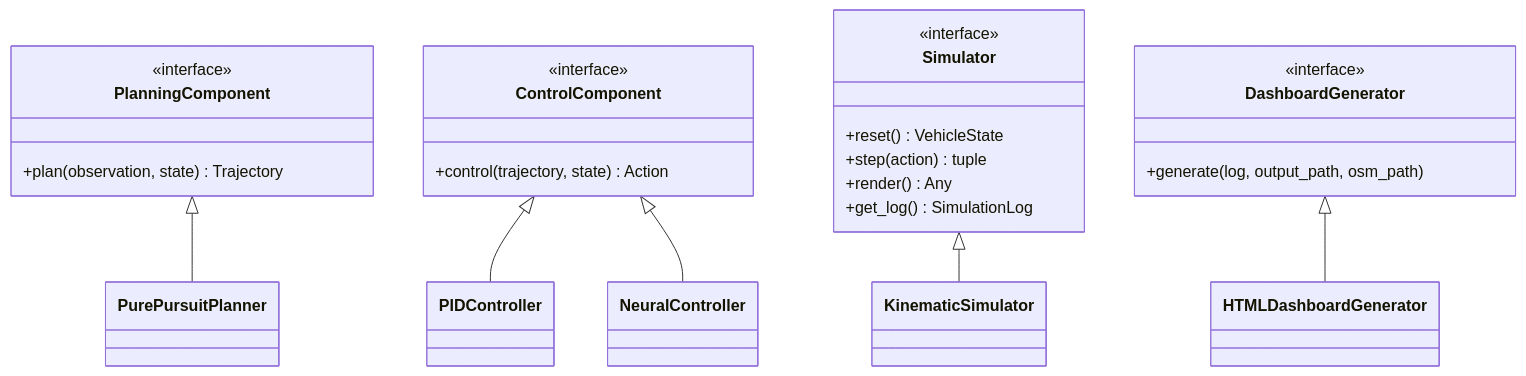
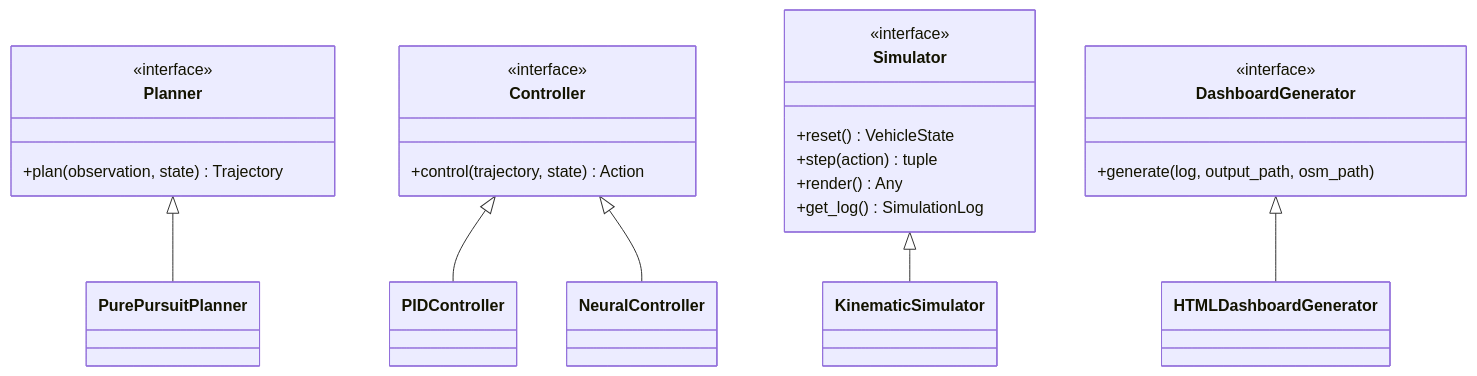
Before and after one commit to masahiro-kubota/e2e_aichallenge_playground: the second of 2 diagrams in README.md, drawn with Mermaid. The commit also changed other lines of this file and 27 other files, not shown here.

````diff
--- a/README.md
+++ b/README.md
@@ -114,31 +114,31 @@
 ```mermaid
 classDiagram
-    class PlanningComponent {
+    class Planner {
         <<interface>>
         +plan(observation, state) Trajectory
     }
 
-    class ControlComponent {
+    class Controller {
         <<interface>>
         +control(trajectory, state) Action
     }
 
     class Simulator {
         <<interface>>
         +reset() VehicleState
         +step(action) tuple
         +render() Any
         +get_log() SimulationLog
     }
 
     class DashboardGenerator {
         <<interface>>
         +generate(log, output_path, osm_path)
     }
 
-    PlanningComponent <|-- PurePursuitPlanner
-    ControlComponent <|-- PIDController
-    ControlComponent <|-- NeuralController
+    Planner <|-- PurePursuitPlanner
+    Controller <|-- PIDController
+    Controller <|-- NeuralController
     Simulator <|-- KinematicSimulator
     DashboardGenerator <|-- HTMLDashboardGenerator
 ```
````
